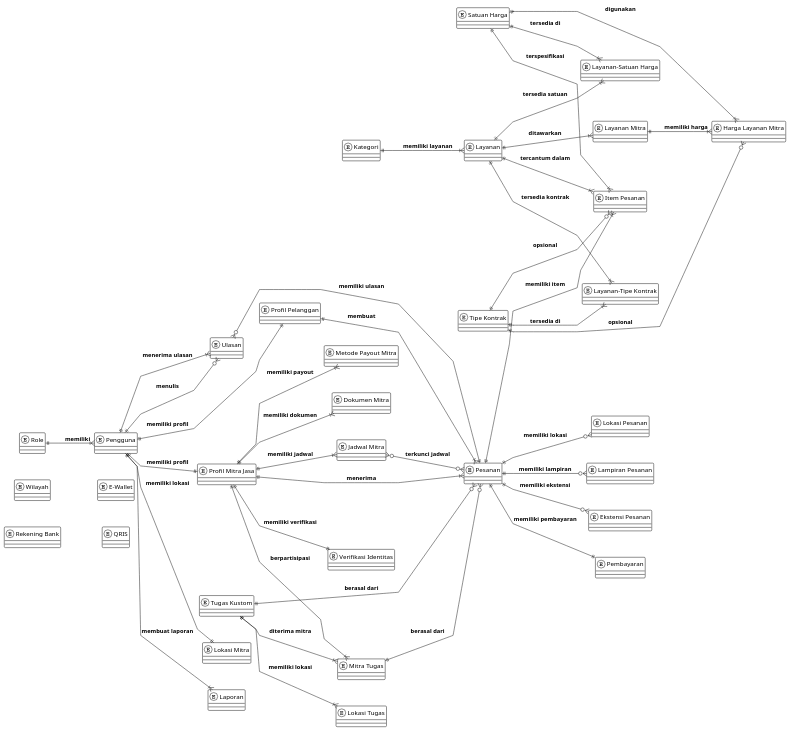
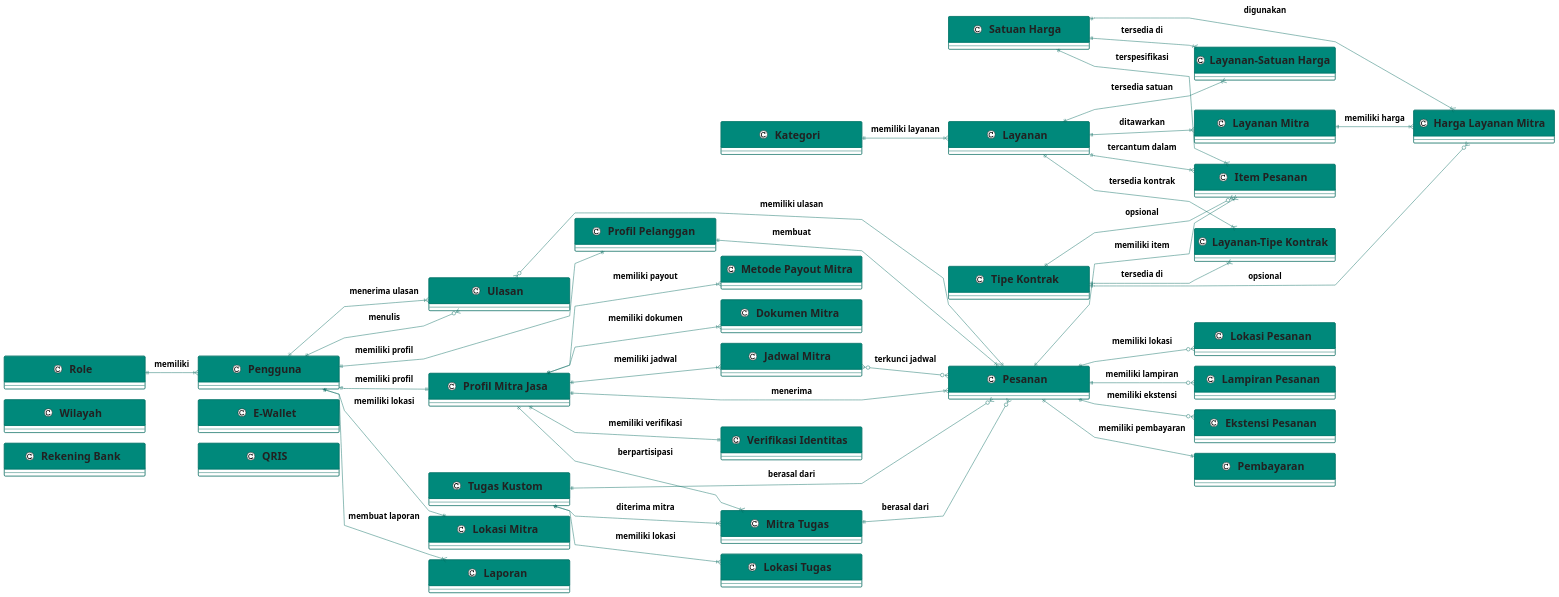
The diagram in docs/diagrams/cdm-jasaku.puml (MuhammadAnurRiski/Project-JasaApp), drawn with PlantUML before and after one commit. The commit also changed 34 other files, not shown here.

First line of the commit message:
fix: order flow reliability + payout/payment guards + access check + fee display

```diff
--- a/docs/diagrams/cdm-jasaku.puml
+++ b/docs/diagrams/cdm-jasaku.puml
@@ -1,101 +1,101 @@
 @startuml CDM Jasaku
 !theme plain
 left to right direction
 skinparam backgroundColor #FFFFFF
-skinparam defaultFontName Segoe UI
-skinparam defaultFontSize 14
-skinparam EntityFontSize 16
-skinparam EntityFontStyle bold
-skinparam EntityAttributeFontSize 13
-skinparam EntityAttributeFontStyle bold
-skinparam ArrowFontSize 13
+skinparam defaultFontName "Segoe UI"
+skinparam defaultFontSize 20
+skinparam classBackgroundColor #FFFFFF
+skinparam classBorderColor #00695C
+skinparam classFontColor #212121
+skinparam classHeaderBackgroundColor #00897B
+skinparam classHeaderFontColor #FFFFFF
+skinparam classFontSize 24
+skinparam classFontStyle bold
+skinparam classHeaderFontSize 24
+skinparam MinClassWidth 320
+skinparam ArrowFontSize 18
 skinparam ArrowFontStyle bold
+skinparam ArrowColor #00695C
 skinparam linetype polyline
-skinparam nodesep 60
-skinparam ranksep 15
-skinparam padding 1
-skinparam entitymargin 3
-skinparam EntityBackgroundColor #FFFFFF
-skinparam EntityBorderColor #37474F
-skinparam EntityFontColor #212121
-skinparam EntityHeaderBackgroundColor #455A64
-skinparam EntityAttributeIconSize 0
+skinparam nodesep 24
+skinparam ranksep 24
+skinparam padding 8
 
-entity "Role" as role { }
-entity "Pengguna" as pengguna { }
-entity "Profil Pelanggan" as profil_pelanggan { }
-entity "Profil Mitra Jasa" as profil_provider { }
-entity "Lokasi Mitra" as lokasi_provider { }
-entity "Dokumen Mitra" as dokumen_provider { }
-entity "Verifikasi Identitas" as verifikasi_identitas { }
-entity "Metode Payout Mitra" as metode_pembayaran { }
-entity "Kategori" as kategori { }
-entity "Layanan" as layanan { }
-entity "Satuan Harga" as satuan_harga { }
-entity "Tipe Kontrak" as tipe_kontrak { }
-entity "Layanan Mitra" as layanan_provider { }
-entity "Harga Layanan Mitra" as harga_layanan { }
-entity "Layanan-Satuan Harga" as layanan_satuan { }
-entity "Layanan-Tipe Kontrak" as layanan_kontrak { }
-entity "Pesanan" as pesanan { }
-entity "Item Pesanan" as item_pesanan { }
-entity "Lokasi Pesanan" as lokasi_pesanan { }
-entity "Lampiran Pesanan" as lampiran_pesanan { }
-entity "Ekstensi Pesanan" as ekstensi_pesanan { }
-entity "Pembayaran" as pembayaran { }
-entity "Jadwal Mitra" as jadwal_provider { }
-entity "Tugas Kustom" as tugas_kustom { }
-entity "Lokasi Tugas" as lokasi_tugas { }
-entity "Mitra Tugas" as provider_tugas { }
-entity "Ulasan" as ulasan { }
-entity "Laporan" as laporan { }
-entity "Wilayah" as wilayah { }
-entity "Rekening Bank" as rekening_bank { }
-entity "E-Wallet" as ewallet_admin { }
-entity "QRIS" as qris_admin { }
+class "Role" as role
+class "Pengguna" as pengguna
+class "Profil Pelanggan" as profil_pelanggan
+class "Profil Mitra Jasa" as profil_provider
+class "Lokasi Mitra" as lokasi_provider
+class "Dokumen Mitra" as dokumen_provider
+class "Verifikasi Identitas" as verifikasi_identitas
+class "Metode Payout Mitra" as metode_pembayaran
+class "Kategori" as kategori
+class "Layanan" as layanan
+class "Satuan Harga" as satuan_harga
+class "Tipe Kontrak" as tipe_kontrak
+class "Layanan Mitra" as layanan_provider
+class "Harga Layanan Mitra" as harga_layanan
+class "Layanan-Satuan Harga" as layanan_satuan
+class "Layanan-Tipe Kontrak" as layanan_kontrak
+class "Pesanan" as pesanan
+class "Item Pesanan" as item_pesanan
+class "Lokasi Pesanan" as lokasi_pesanan
+class "Lampiran Pesanan" as lampiran_pesanan
+class "Ekstensi Pesanan" as ekstensi_pesanan
+class "Pembayaran" as pembayaran
+class "Jadwal Mitra" as jadwal_provider
+class "Tugas Kustom" as tugas_kustom
+class "Lokasi Tugas" as lokasi_tugas
+class "Mitra Tugas" as provider_tugas
+class "Ulasan" as ulasan
+class "Laporan" as laporan
+class "Wilayah" as wilayah
+class "Rekening Bank" as rekening_bank
+class "E-Wallet" as ewallet_admin
+class "QRIS" as qris_admin
 
 role ||--|{ pengguna : "memiliki"
 pengguna ||--|| profil_pelanggan : "memiliki profil"
 pengguna ||--|| profil_provider : "memiliki profil"
 pengguna ||--|| lokasi_provider : "memiliki lokasi"
 
 profil_provider ||--|{ dokumen_provider : "memiliki dokumen"
 profil_provider ||--|| verifikasi_identitas : "memiliki verifikasi"
 profil_provider ||--|{ metode_pembayaran : "memiliki payout"
 profil_provider ||--|{ jadwal_provider : "memiliki jadwal"
 
 kategori ||--|{ layanan : "memiliki layanan"
 layanan ||--|{ layanan_provider : "ditawarkan"
 layanan_provider ||--|{ harga_layanan : "memiliki harga"
 satuan_harga ||--|{ harga_layanan : "digunakan"
 tipe_kontrak ||--o{ harga_layanan : "opsional"
 layanan ||--|{ layanan_satuan : "tersedia satuan"
 satuan_harga ||--|{ layanan_satuan : "tersedia di"
 layanan ||--|{ layanan_kontrak : "tersedia kontrak"
 tipe_kontrak ||--|{ layanan_kontrak : "tersedia di"
 
 profil_pelanggan ||--|{ pesanan : "membuat"
 profil_provider ||--|{ pesanan : "menerima"
 tugas_kustom ||--o{ pesanan : "berasal dari"
 provider_tugas ||--o{ pesanan : "berasal dari"
 jadwal_provider }o--o{ pesanan : "terkunci jadwal"
 
 pesanan ||--|{ item_pesanan : "memiliki item"
 pesanan ||--o{ lokasi_pesanan : "memiliki lokasi"
 pesanan ||--o{ lampiran_pesanan : "memiliki lampiran"
 pesanan ||--o{ ekstensi_pesanan : "memiliki ekstensi"
 pesanan ||--|| pembayaran : "memiliki pembayaran"
 layanan ||--|{ item_pesanan : "tercantum dalam"
 satuan_harga ||--|{ item_pesanan : "terspesifikasi"
 tipe_kontrak ||--o{ item_pesanan : "opsional"
 
 tugas_kustom ||--|{ lokasi_tugas : "memiliki lokasi"
 tugas_kustom ||--|{ provider_tugas : "diterima mitra"
 profil_provider ||--|{ provider_tugas : "berpartisipasi"
 
 ulasan }o--|| pesanan : "memiliki ulasan"
 ulasan }o--|| pengguna : "menulis"
 pengguna ||--|{ ulasan : "menerima ulasan"
 pengguna ||--|{ laporan : "membuat laporan"
 
 @enduml
```
